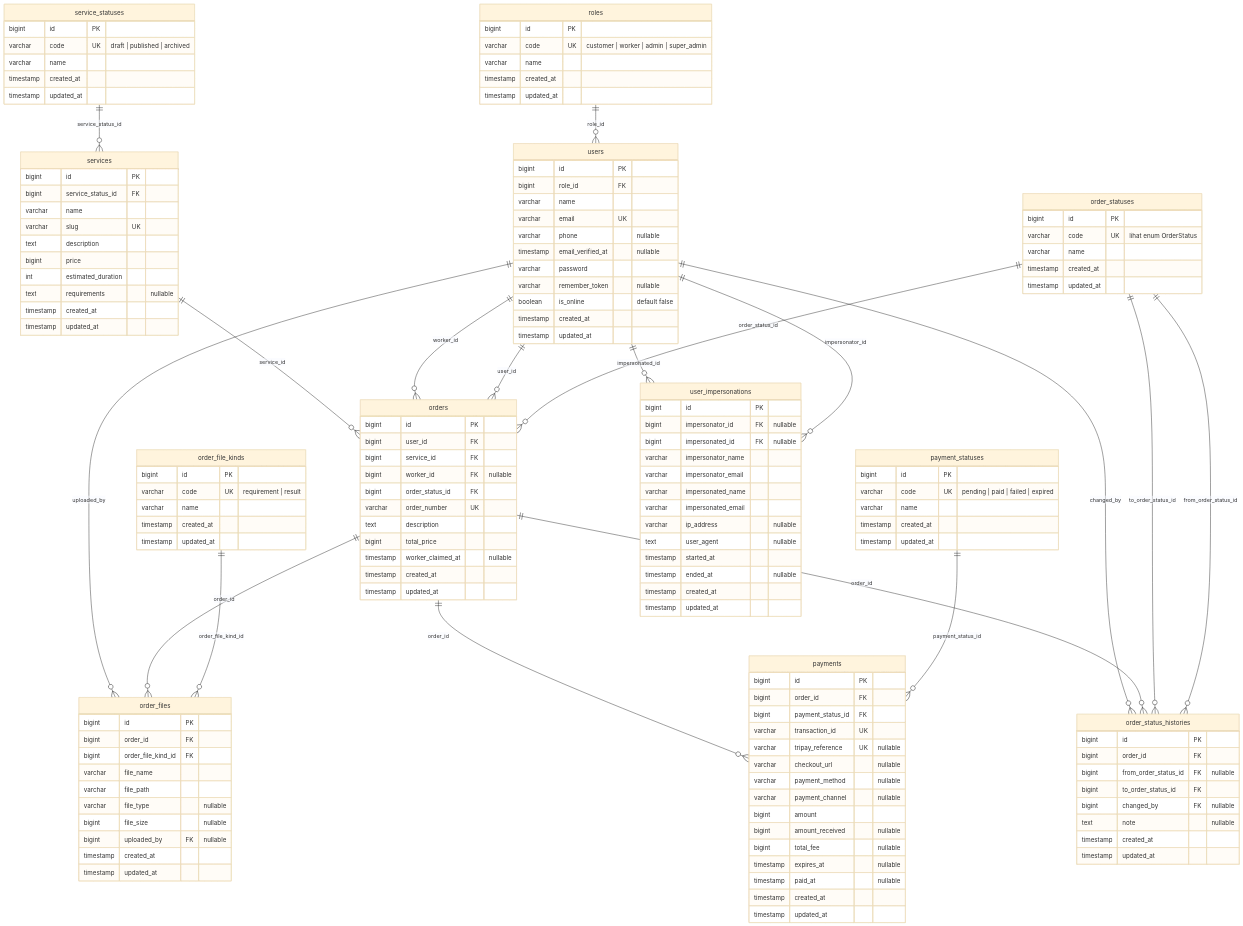
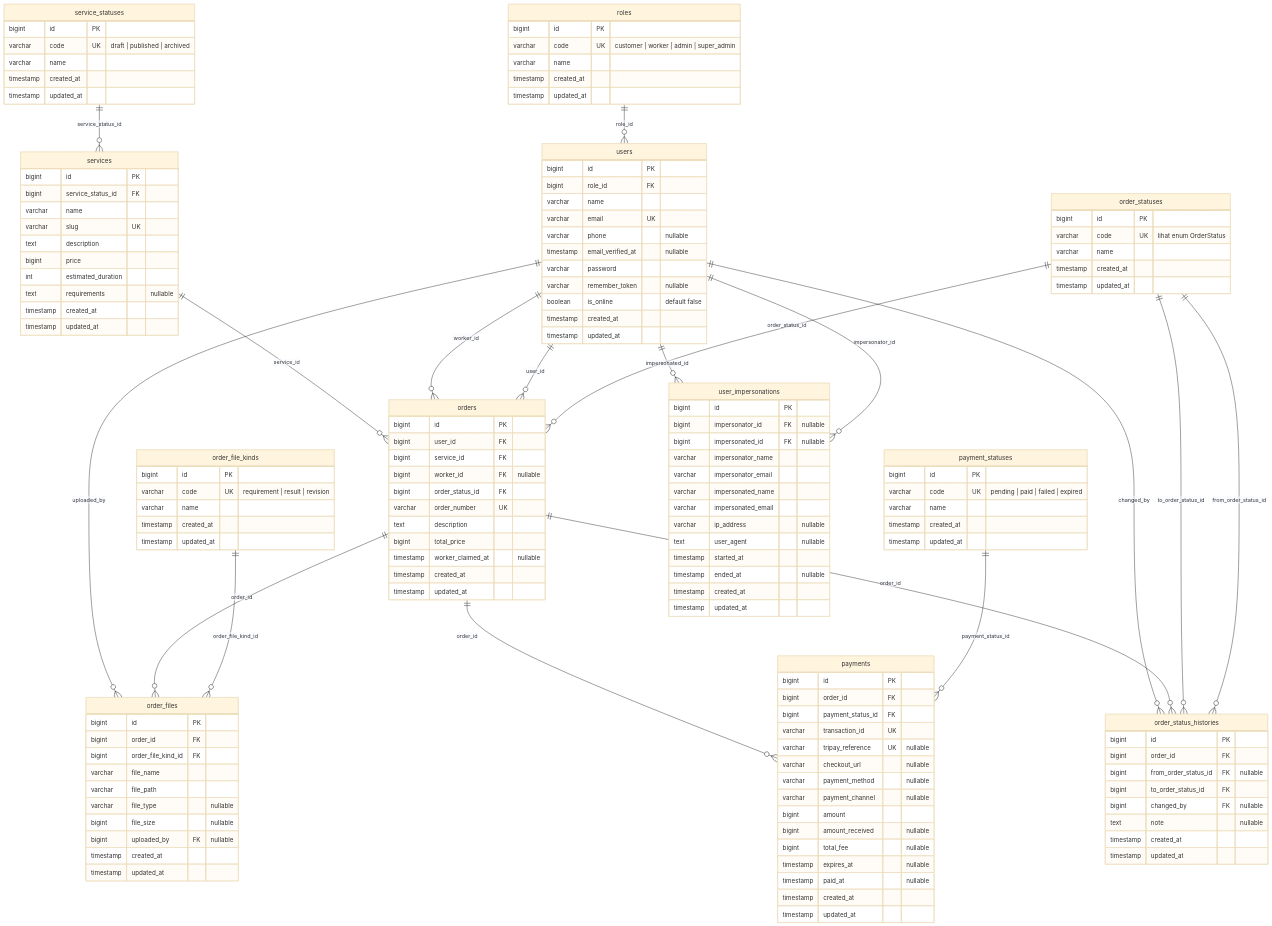
The diagram in docs/erd.md (putracandra2618-tech/jovexa), drawn with Mermaid (base theme) before and after one commit. The commit also changed other lines of this file and 23 other files, not shown here.

```diff
--- a/docs/erd.md
+++ b/docs/erd.md
@@ -65,7 +65,7 @@
 
     order_file_kinds {
         bigint id PK
-        varchar code UK "requirement | result"
+        varchar code UK "requirement | result | revision"
         varchar name
         timestamp created_at
         timestamp updated_at
```
